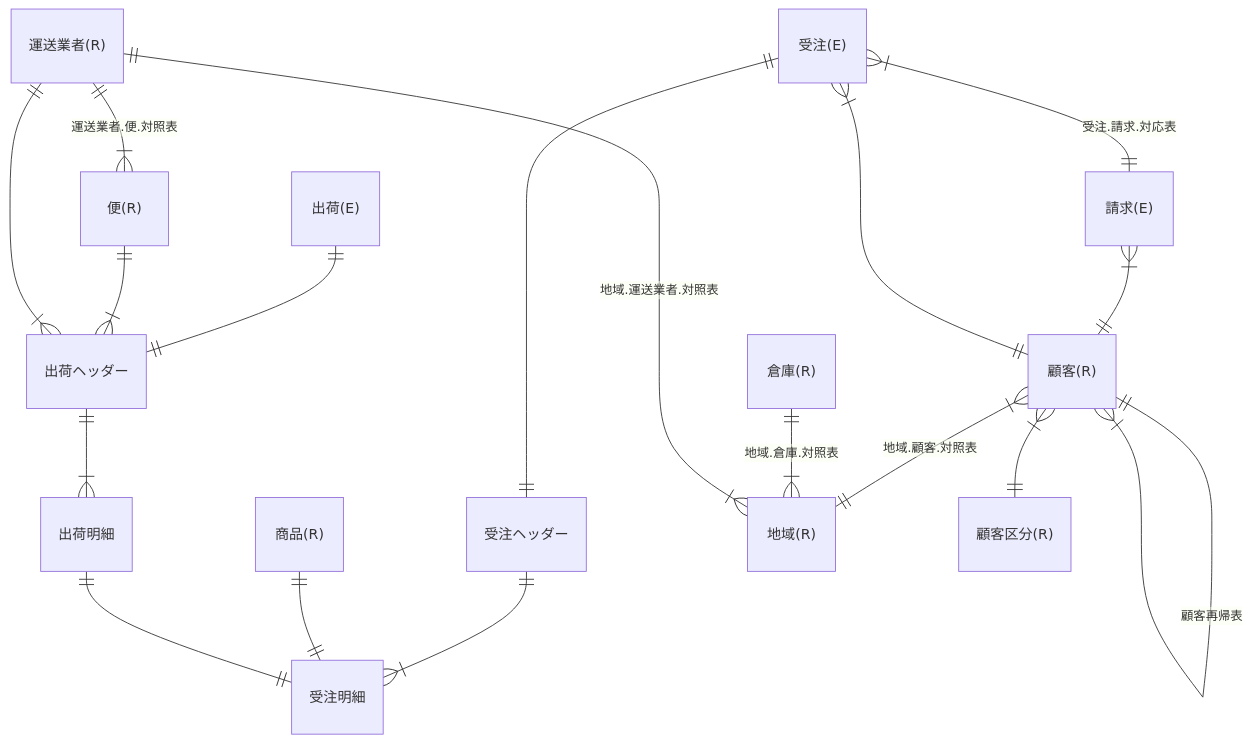
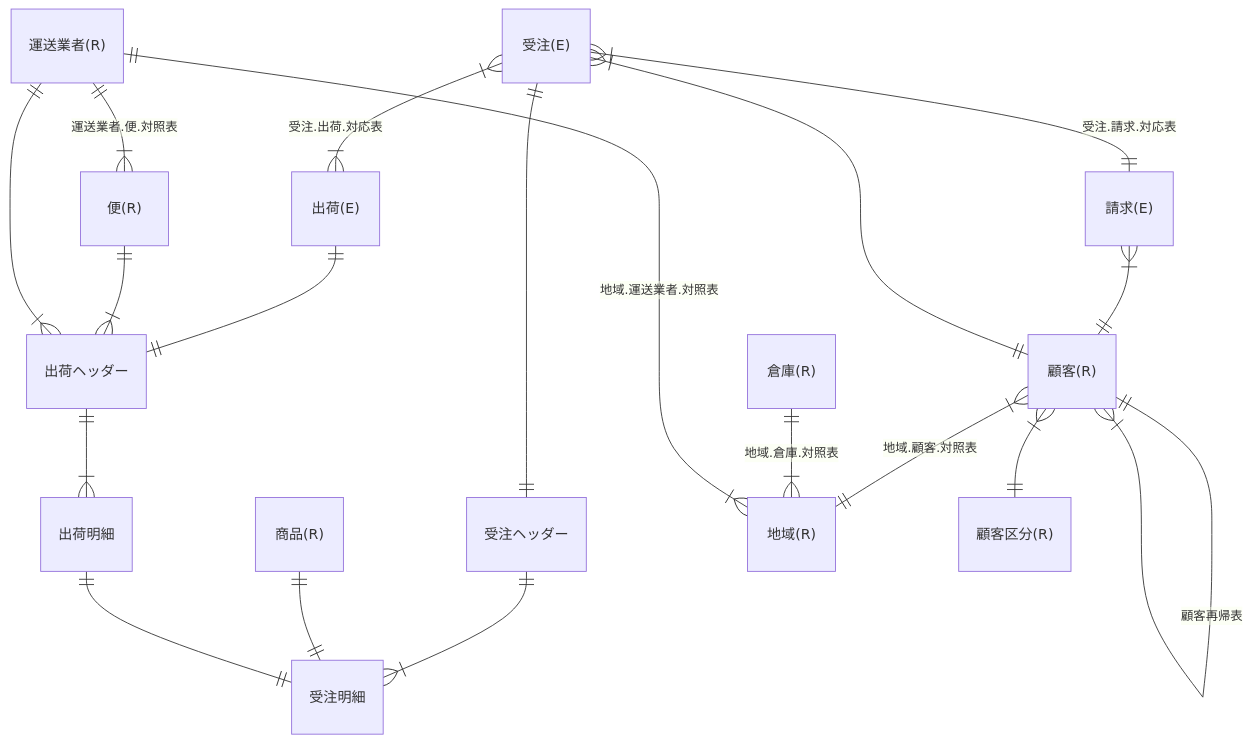
Before and after one commit to system-sekkei/tm-guide: the second of 2 diagrams in documents/data-model.md, drawn with Mermaid.

Commit message:
受注と出荷の関係を追加

````diff
--- a/documents/data-model.md
+++ b/documents/data-model.md
@@ -24,21 +24,21 @@
 ```mermaid
 erDiagram
     "受注(E)" ||--|| "受注ヘッダー" : ""
     "受注ヘッダー" ||--|{ "受注明細" : ""
     "商品(R)" ||--|| "受注明細" : ""
     "出荷(E)" ||--|| "出荷ヘッダー" : ""
     "出荷ヘッダー" ||--|{ "出荷明細" : ""
     "出荷明細" ||--|| "受注明細" : ""
     "顧客(R)" ||--|{ "受注(E)" : ""
     "顧客(R)" }|--|| "地域(R)" : "地域.顧客.対照表"
     "倉庫(R)" ||--|{ "地域(R)" : "地域.倉庫.対照表"
     "運送業者(R)" ||--|{ "地域(R)" : "地域.運送業者.対照表"
     "運送業者(R)" ||--|{ "便(R)" : "運送業者.便.対照表"
     "便(R)" ||--|{ "出荷ヘッダー" : ""
     "顧客(R)" }|--|| "顧客区分(R)" : ""
     "運送業者(R)" ||--|{ "出荷ヘッダー" : ""
     "請求(E)" }|--|| "顧客(R)" : ""
     "受注(E)" }|--|| "請求(E)" : "受注.請求.対応表"
     "顧客(R)" ||--|{ "顧客(R)" : "顧客再帰表"
-    
+    "受注(E)" }|--|{ "出荷(E)" : "受注.出荷.対応表"
 ```
````
